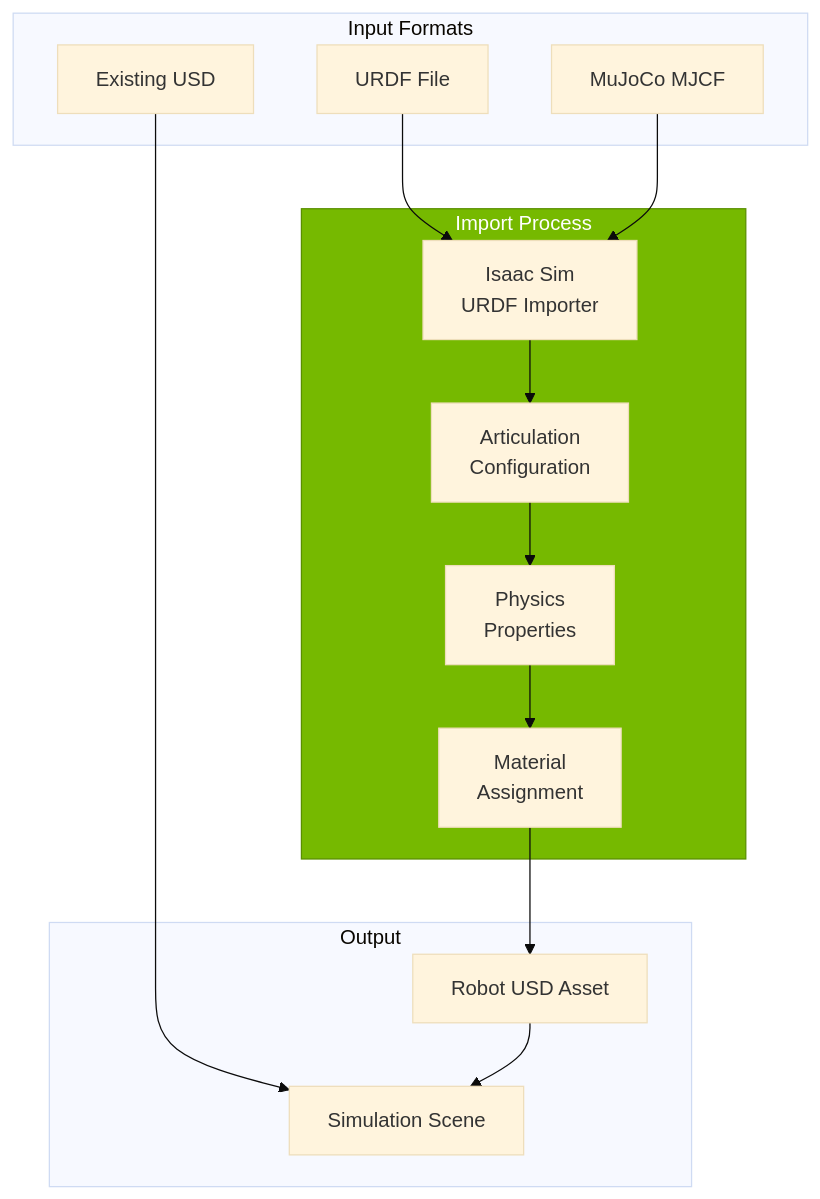
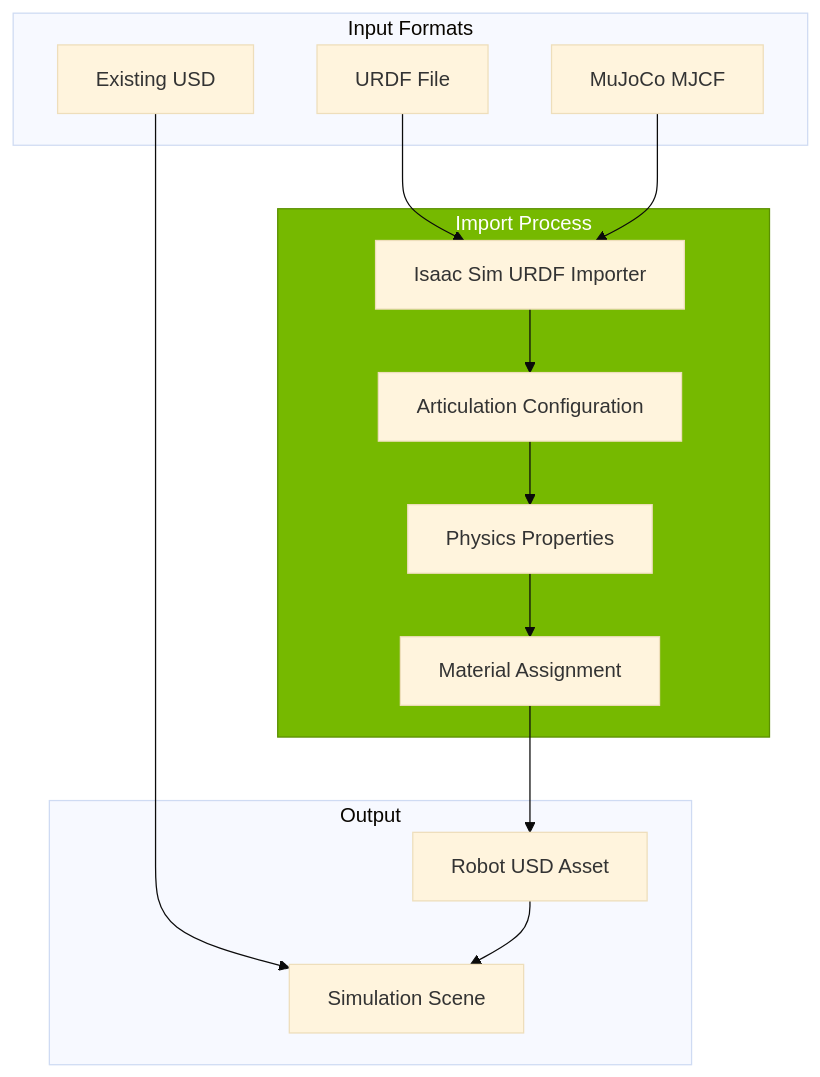
One commit to shakir-hussain1/physical-AI-and-humanoid-robotics-textbook-by-shakir-hussain changed the first of 4 diagrams in docs/modules/module-3-isaac/chapter-10-sim.md. Above: the diagram before and after it, drawn with Mermaid (base theme). The commit also changed other lines of this file and 17 other files, not shown here.

Commit message:
fix: Remove br tags from Mermaid diagrams causing parse errors

````diff
--- a/docs/modules/module-3-isaac/chapter-10-sim.md
+++ b/docs/modules/module-3-isaac/chapter-10-sim.md
@@ -33,32 +33,32 @@
 ```mermaid
 flowchart TD
     subgraph Input["Input Formats"]
         URDF[URDF File]
         MJCF[MuJoCo MJCF]
         USDFILE[Existing USD]
     end
 
     subgraph Process["Import Process"]
-        IMPORT[Isaac Sim<br/>URDF Importer]
-        CONVERT[Articulation<br/>Configuration]
-        PHYSICS[Physics<br/>Properties]
-        MATERIALS[Material<br/>Assignment]
+        IMPORT[Isaac Sim URDF Importer]
+        CONVERT[Articulation Configuration]
+        PHYSICS[Physics Properties]
+        MATERIALS[Material Assignment]
     end
 
     subgraph Output["Output"]
         USD[Robot USD Asset]
         SCENE[Simulation Scene]
     end
 
     URDF --> IMPORT
     MJCF --> IMPORT
     USDFILE --> SCENE
 
     IMPORT --> CONVERT
     CONVERT --> PHYSICS
     PHYSICS --> MATERIALS
     MATERIALS --> USD
     USD --> SCENE
 
     style Process fill:#76b900,stroke:#5a8f00,color:#fff
 ```
````
